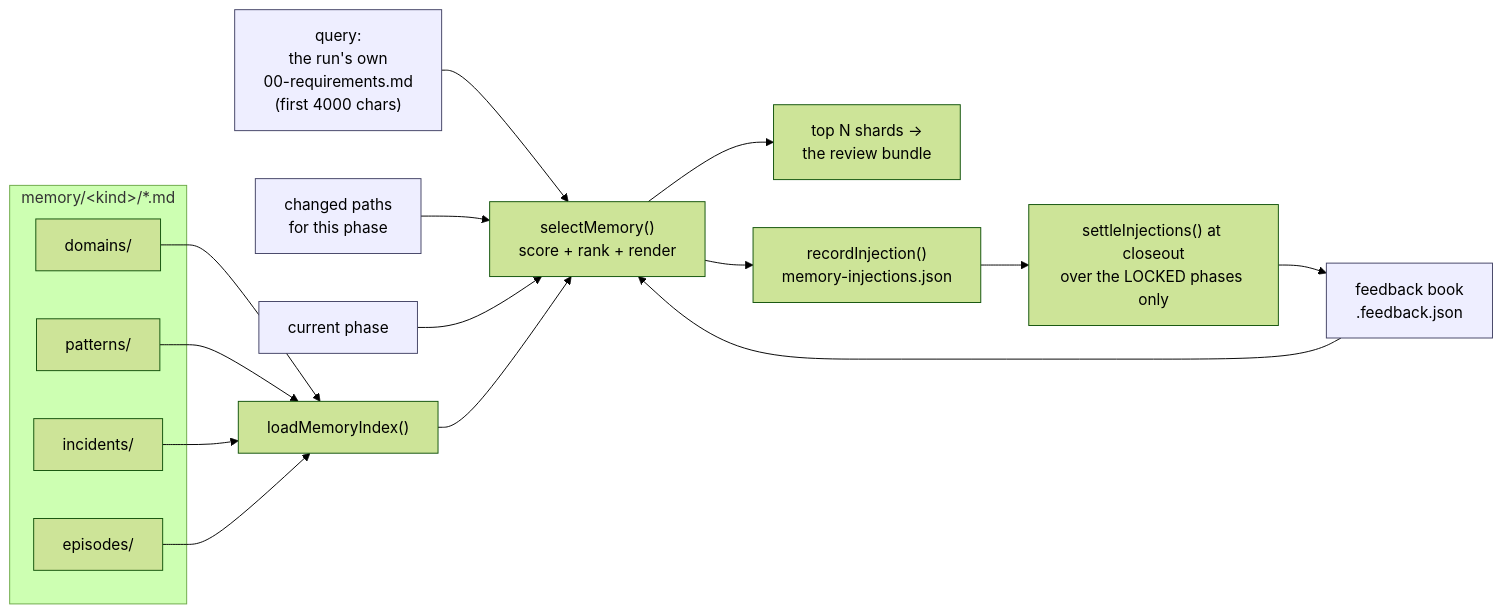
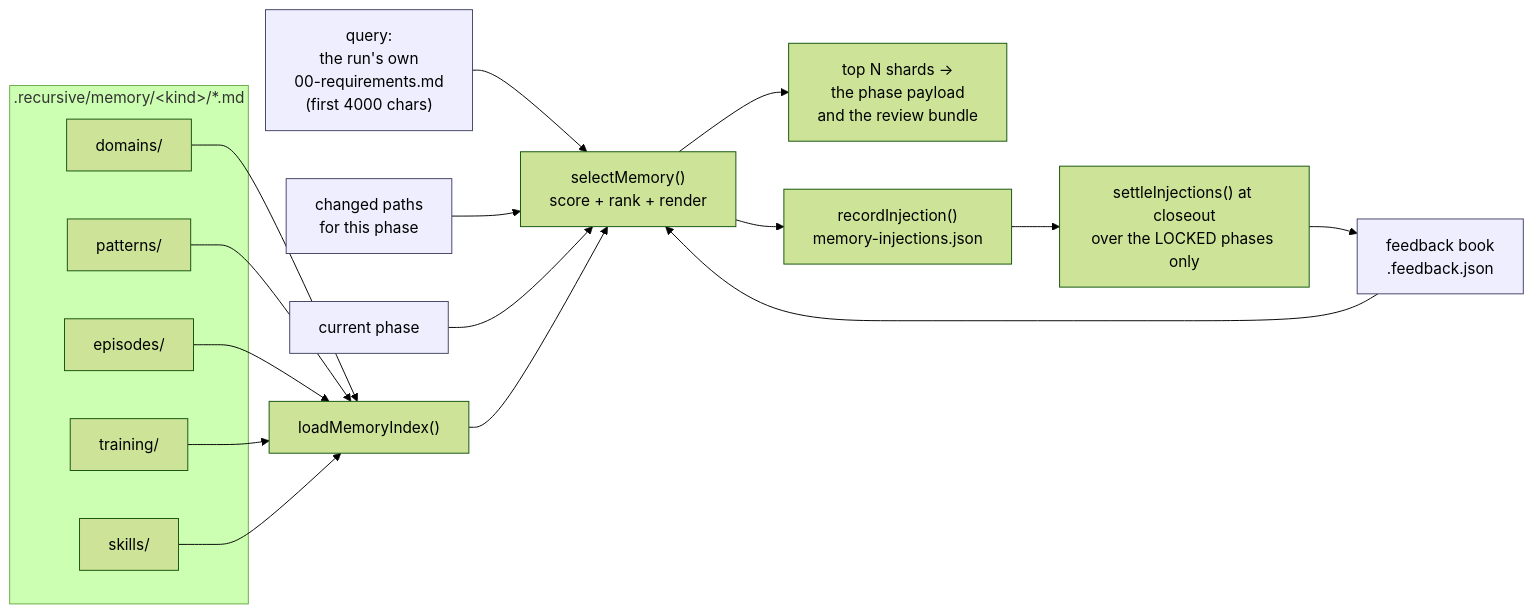
One commit to try-works/dsh-recursive-mode changed the sixth of 9 diagrams in README.md. Above: the diagram before and after it, drawn with Mermaid (forest theme). The commit also changed other lines of this file and 42 other files, not shown here.

First line of the commit message:
Phase 8 must WRITE the plugin's own memory, the lock gate enforces it, and the Python route is gone

````diff
--- a/README.md
+++ b/README.md
@@ -563,27 +562,29 @@
 ```mermaid
 flowchart LR
-    subgraph sources["memory/&lt;kind&gt;/*.md"]
+    subgraph sources[".recursive/memory/&lt;kind&gt;/*.md"]
         D1["domains/"]
         D2["patterns/"]
-        D3["incidents/"]
-        D4["episodes/"]
+        D3["episodes/"]
+        D4["training/"]
+        D5["skills/"]
     end
 
     Q["query:<br/>the run's own<br/>00-requirements.md<br/>(first 4000 chars)"] --> SEL
     F["changed paths<br/>for this phase"] --> SEL
     P["current phase"] --> SEL
     FB["feedback book<br/>.feedback.json"] --> SEL
 
     D1 --> IDX["loadMemoryIndex()"] --> SEL["selectMemory()<br/>score + rank + render"]
     D2 --> IDX
     D3 --> IDX
     D4 --> IDX
+    D5 --> IDX
 
-    SEL --> OUT["top N shards →<br/>the review bundle"]
+    SEL --> OUT["top N shards →<br/>the phase payload<br/>and the review bundle"]
     SEL --> REC["recordInjection()<br/>memory-injections.json"]
     REC --> SET["settleInjections() at closeout<br/>over the LOCKED phases only"]
     SET --> FB
 
     classDef input fill:#eef,stroke:#446
     class Q,F,P,FB input
 ```
````
